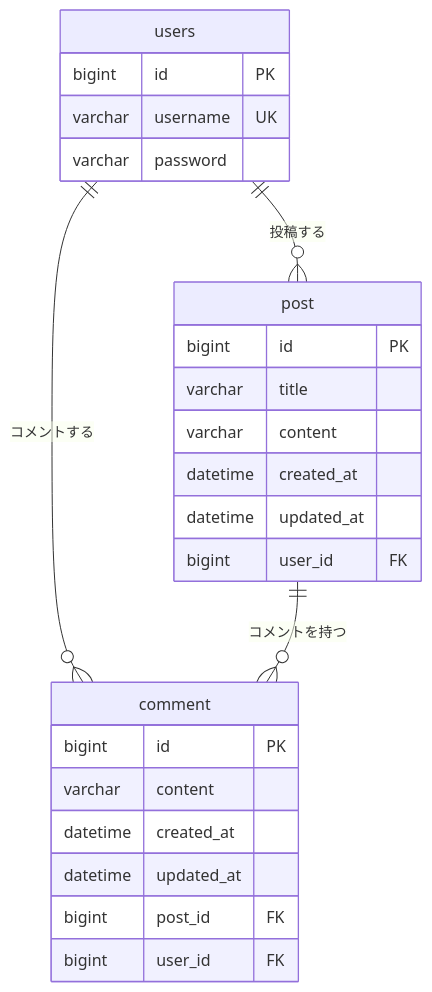
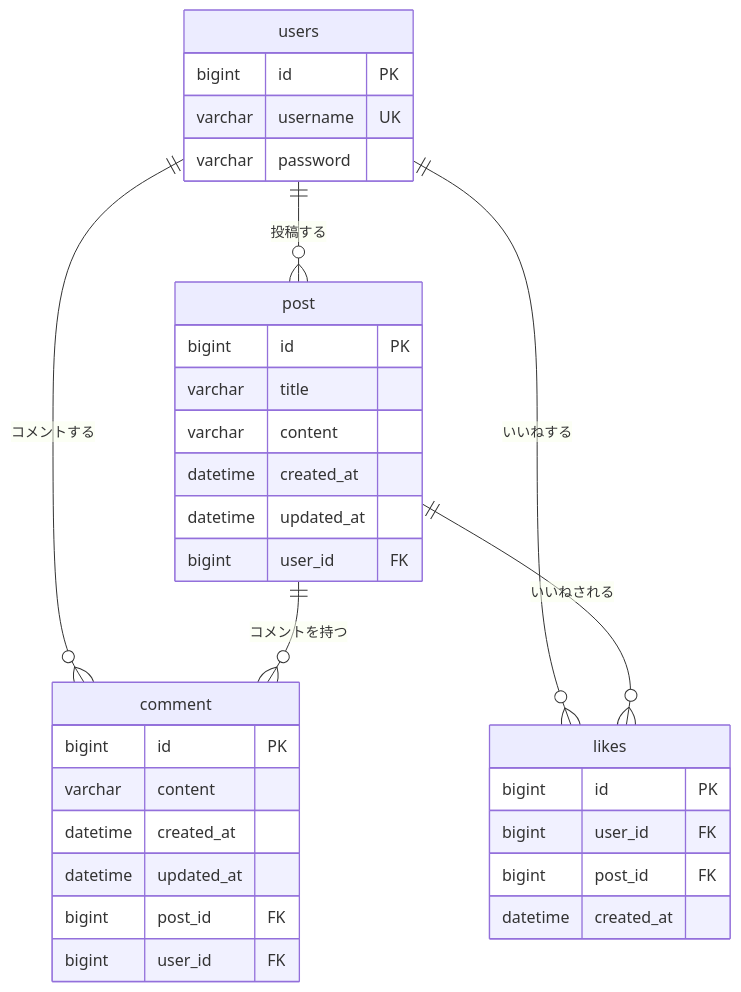
One commit to re7a4na10/bbs changed the diagram in README.md. Above: the diagram before and after it, drawn with Mermaid. The commit also changed other lines of this file and 3 other files, not shown here.

````diff
--- a/README.md
+++ b/README.md
@@ -59,28 +80,36 @@
 ```mermaid
 erDiagram
     users ||--o{ post : "投稿する"
     users ||--o{ comment : "コメントする"
+    users ||--o{ likes : "いいねする"
     post  ||--o{ comment : "コメントを持つ"
+    post  ||--o{ likes : "いいねされる"
 
     users {
         bigint id PK
         varchar username UK
         varchar password
     }
     post {
         bigint id PK
         varchar title
         varchar content
         datetime created_at
         datetime updated_at
         bigint user_id FK
     }
     comment {
         bigint id PK
         varchar content
         datetime created_at
         datetime updated_at
         bigint post_id FK
         bigint user_id FK
     }
+    likes {
+        bigint id PK
+        bigint user_id FK
+        bigint post_id FK
+        datetime created_at
+    }
 ```
````
